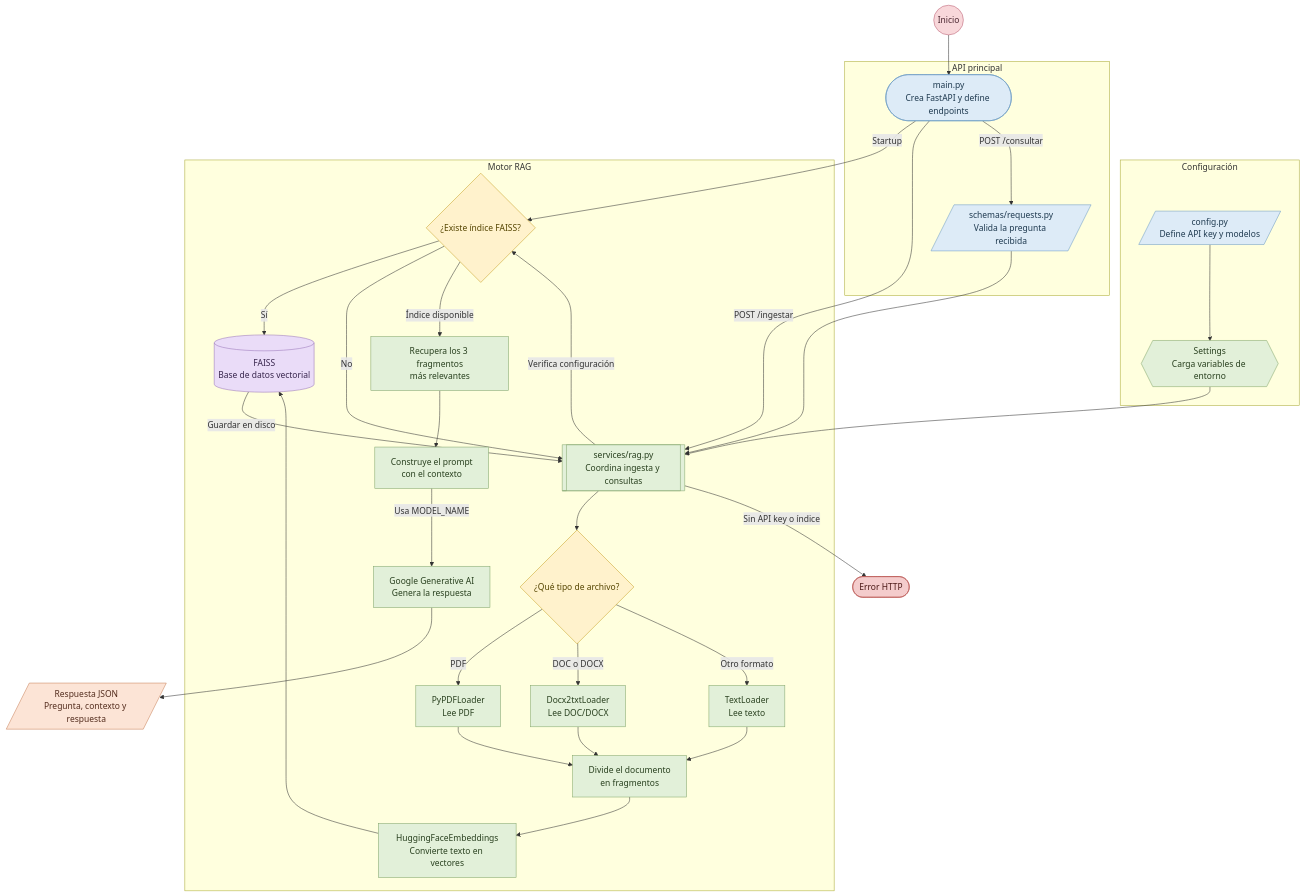
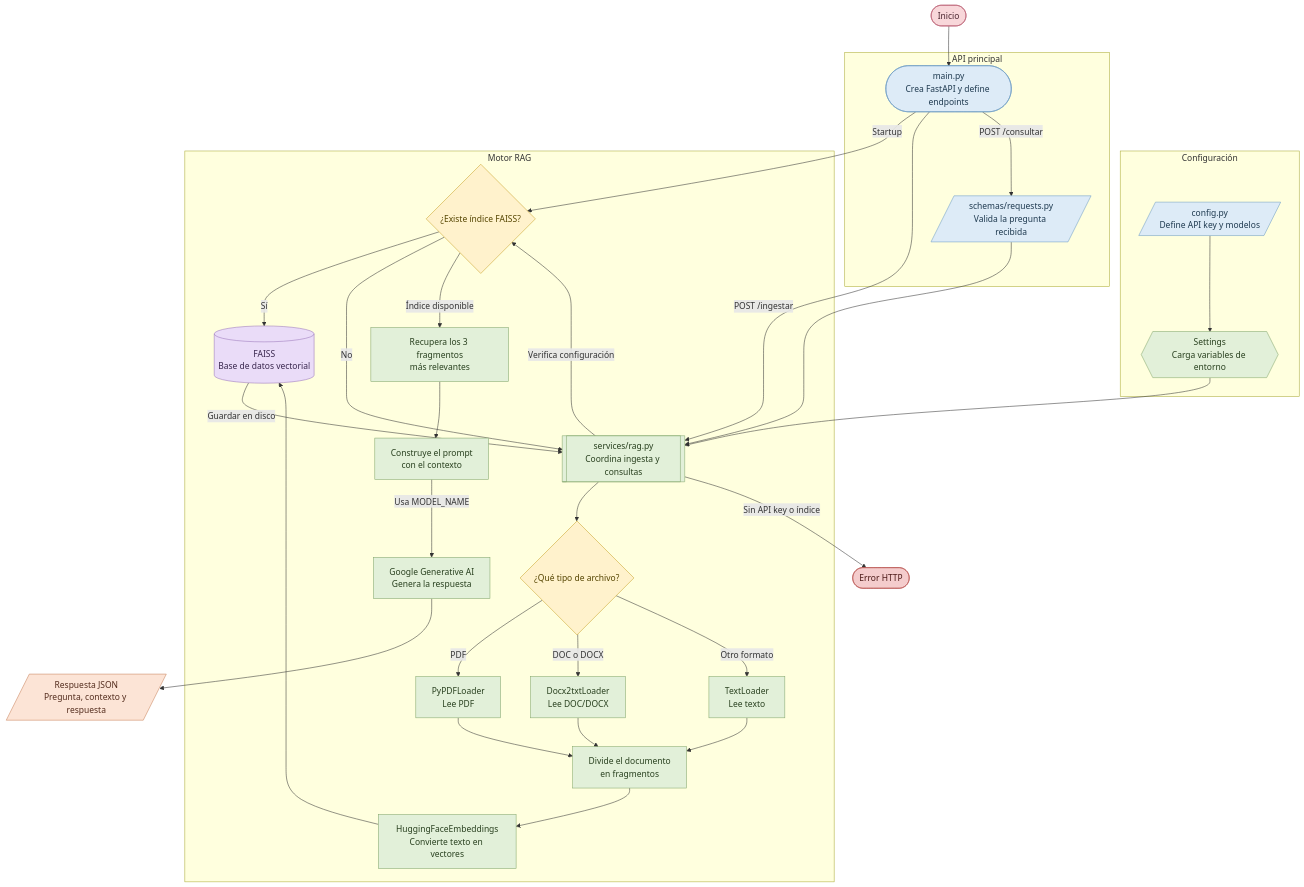
The diagram in flowchart/flowchart.mmd (RobbeAlex/DocuMind_AI), drawn with Mermaid before and after one commit.

Commit message:
Corregir la sintaxis del nodo 'Inicio' en el diagrama de flujo

```diff
--- a/flowchart/flowchart.mmd
+++ b/flowchart/flowchart.mmd
@@ -1,76 +1,76 @@
 flowchart TD
-    Inicio(("Inicio"))
+    Inicio(["Inicio"])
 
     subgraph Configuracion["Configuración"]
         Config[/config.py<br/>Define API key y modelos/]
         Settings{{"Settings<br/>Carga variables de entorno"}}
         Config --> Settings
     end
 
     subgraph API["API principal"]
         Main(["main.py<br/>Crea FastAPI y define endpoints"])
         Peticion[/schemas/requests.py<br/>Valida la pregunta recibida/]
     end
 
     subgraph MotorRAG["Motor RAG"]
         Rag[["services/rag.py<br/>Coordina ingesta y consultas"]]
         Cargar{"¿Existe índice FAISS?"}
         Tipo{"¿Qué tipo de archivo?"}
         PDF["PyPDFLoader<br/>Lee PDF"]
         DOCX["Docx2txtLoader<br/>Lee DOC/DOCX"]
         Texto["TextLoader<br/>Lee texto"]
         Fragmentar["Divide el documento<br/>en fragmentos"]
         Embeddings["HuggingFaceEmbeddings<br/>Convierte texto en vectores"]
         Indice[("FAISS<br/>Base de datos vectorial")]
         Recuperar["Recupera los 3 fragmentos<br/>más relevantes"]
         Prompt["Construye el prompt<br/>con el contexto"]
         LLM["Google Generative AI<br/>Genera la respuesta"]
     end
 
     Respuesta[/Respuesta JSON<br/>Pregunta, contexto y respuesta/]
     Error(["Error HTTP"])
 
     Inicio --> Main
     Settings --> Rag
     Main -->|Startup| Cargar
     Cargar -->|Sí| Indice
     Cargar -->|No| Rag
 
     Main -->|POST /ingestar| Rag
     Rag --> Tipo
     Tipo -->|PDF| PDF
     Tipo -->|DOC o DOCX| DOCX
     Tipo -->|Otro formato| Texto
 
     PDF --> Fragmentar
     DOCX --> Fragmentar
     Texto --> Fragmentar
     Fragmentar --> Embeddings
     Embeddings --> Indice
     Indice -->|Guardar en disco| Rag
 
     Main -->|POST /consultar| Peticion
     Peticion --> Rag
     Rag -->|Verifica configuración| Cargar
     Cargar -->|Índice disponible| Recuperar
     Recuperar --> Prompt
     Prompt -->|Usa MODEL_NAME| LLM
     LLM --> Respuesta
 
     Rag -->|Sin API key o índice| Error
 
     classDef inicio fill:#F8D7DA,stroke:#B85C70,color:#4A2630
     classDef archivo fill:#DDEBF7,stroke:#6B9AC4,color:#1F3A50
     classDef proceso fill:#E2F0D9,stroke:#82A66B,color:#29401F
     classDef decision fill:#FFF2CC,stroke:#C9A227,color:#554500
     classDef datos fill:#EADCF8,stroke:#9875B8,color:#38264D
     classDef salida fill:#FCE4D6,stroke:#C9825B,color:#542D1E
     classDef error fill:#F4CCCC,stroke:#B85450,color:#4A1715
 
     class Inicio inicio
     class Config,Main,Peticion archivo
     class Settings,Rag,PDF,DOCX,Texto,Fragmentar,Embeddings,Recuperar,Prompt,LLM proceso
     class Cargar,Tipo decision
     class Indice datos
     class Respuesta salida
     class Error error
```
